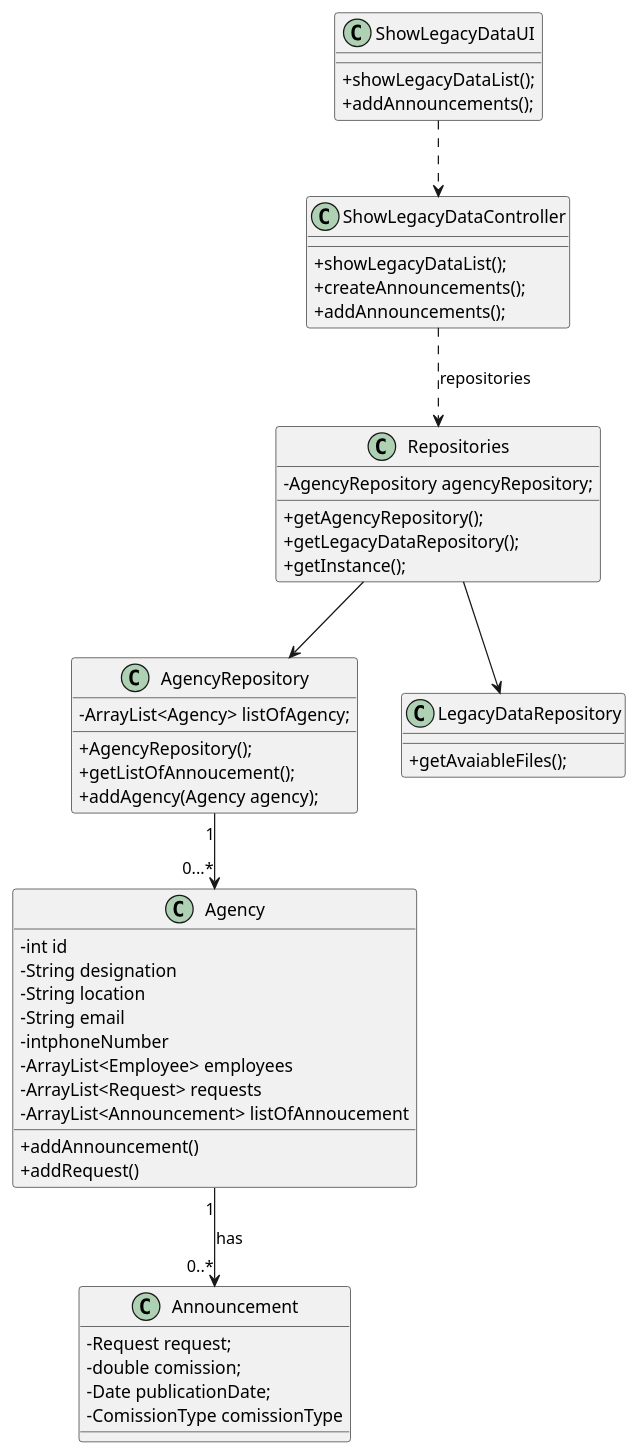
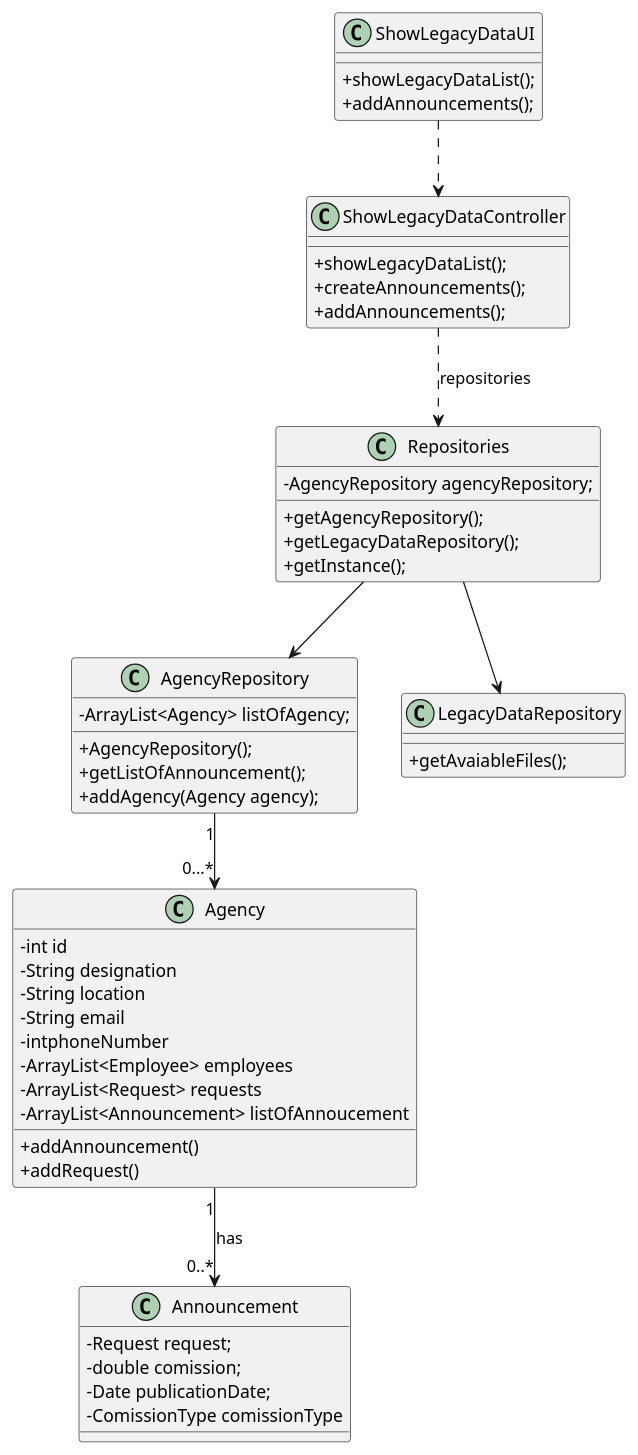
Before and after one commit to 1220812/LAPR2: the diagram in docs/sprintD/us016/03.design/puml/us016-class-diagram.puml, drawn with PlantUML. The commit also changed 4 other files, not shown here.

Commit message:
Made the class diagram, sequence diagram full and system sequence diagram for us016.

```diff
--- a/docs/sprintD/us016/03.design/puml/us016-class-diagram.puml
+++ b/docs/sprintD/us016/03.design/puml/us016-class-diagram.puml
@@ -1,70 +1,70 @@
 @startuml
 'skinparam monochrome true
 skinparam packageStyle rectangle
 skinparam shadowing false
 skinparam linetype polyline
 'skinparam linetype orto
 
 skinparam classAttributeIconSize 0
 
 'left to right direction
 
 class ShowLegacyDataUI{
 +showLegacyDataList();
 +addAnnouncements();
 }
 
 class ShowLegacyDataController{
 +showLegacyDataList();
 +createAnnouncements();
 +addAnnouncements();
 }
 
 class AgencyRepository{
 -ArrayList<Agency> listOfAgency;
 +AgencyRepository();
-+getListOfAnnoucement();
++getListOfAnnouncement();
 +addAgency(Agency agency);
 }
 
 class Repositories{
 -AgencyRepository agencyRepository;
 +getAgencyRepository();
 +getLegacyDataRepository();
 +getInstance();
 }
 
 class LegacyDataRepository{
 +getAvaiableFiles();
 }
 
 
 class Announcement{
 -Request request;
 -double comission;
 -Date publicationDate;
 -ComissionType comissionType
 }
 
 class Agency{
    -int id
    -String designation
     -String location
     -String email
     -intphoneNumber
     -ArrayList<Employee> employees
     -ArrayList<Request> requests
     -ArrayList<Announcement> listOfAnnoucement
     +addAnnouncement()
     +addRequest()
 }
 
 ShowLegacyDataUI ..> ShowLegacyDataController
 ShowLegacyDataController ..> Repositories : repositories
 Repositories --> AgencyRepository
 Repositories --> LegacyDataRepository
 AgencyRepository "1" --> "0...*" Agency
 Agency "1" --> "0..*" Announcement : has
 
 
 @enduml
```
